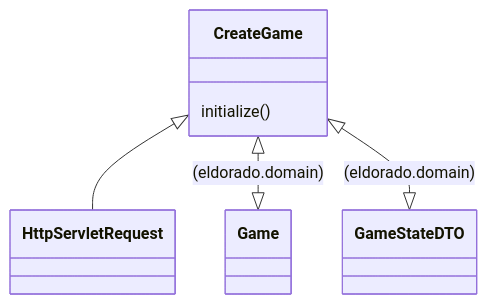
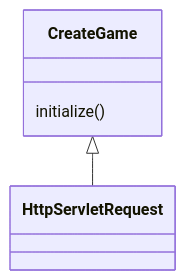
The fifth of 8 diagrams in ARCHITECTURE.md (stijnlinderman/eldorado), drawn with Mermaid before and after one commit. The commit also changed other lines of this file, not shown here.

````diff
--- a/ARCHITECTURE.md
+++ b/ARCHITECTURE.md
@@ -64,7 +65,5 @@
 ```mermaid
 classDiagram
 	CreateGame <|-- HttpServletRequest
-	CreateGame <|--|> Game: (eldorado.domain)
-	CreateGame <|--|> GameStateDTO: (eldorado.domain)
 	CreateGame : initialize()
 ```
````
